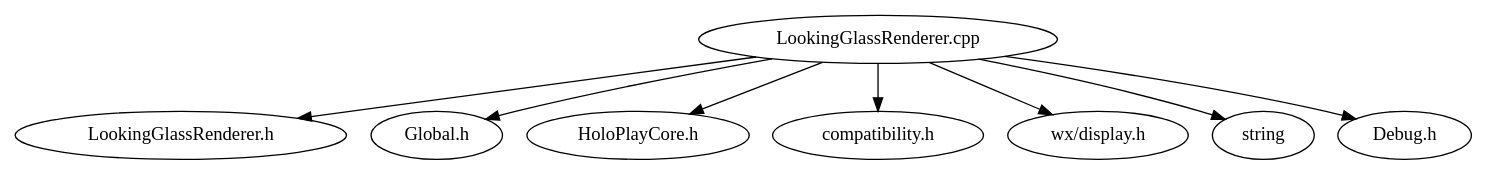
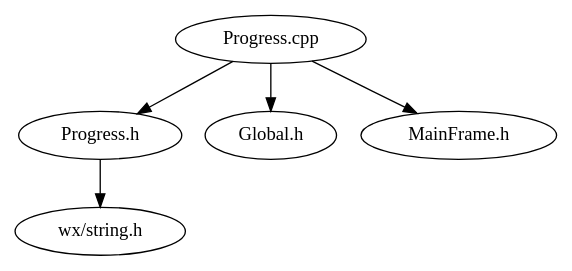
The diagram in Docs/header_dependencies.dot (SCIInstitute/fluorender), drawn with Graphviz before and after one commit. The commit also changed 25 other files, not shown here.

```diff
--- a/Docs/header_dependencies.dot
+++ b/Docs/header_dependencies.dot
@@ -1,9 +1,6 @@
 digraph dependencies {
-"LookingGlassRenderer.cpp" -> "LookingGlassRenderer.h";
-"LookingGlassRenderer.cpp" -> "Global.h";
-"LookingGlassRenderer.cpp" -> "HoloPlayCore.h";
-"LookingGlassRenderer.cpp" -> "compatibility.h";
-"LookingGlassRenderer.cpp" -> "wx/display.h";
-"LookingGlassRenderer.cpp" -> "string";
-"LookingGlassRenderer.cpp" -> "Debug.h";
+"Progress.cpp" -> "Progress.h";
+"Progress.cpp" -> "Global.h";
+"Progress.cpp" -> "MainFrame.h";
+"Progress.h" -> "wx/string.h";
 }
```
